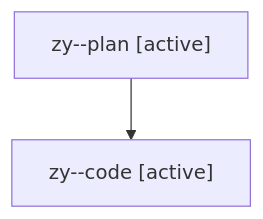
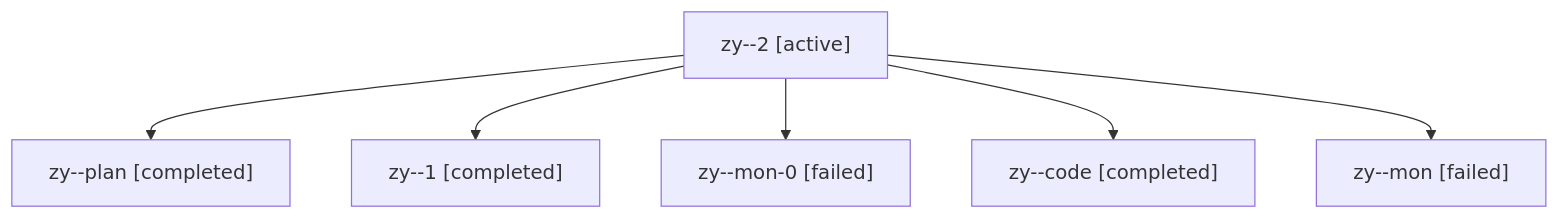
Before and after one commit to sase-org/sase--agents: the diagram in families/bbugyi200.athena.zy.md, drawn with Mermaid. The commit also changed other lines of this file and 37 other files, not shown here.

````diff
--- a/families/bbugyi200.athena.zy.md
+++ b/families/bbugyi200.athena.zy.md
@@ -9,6 +9,14 @@
 ```mermaid
 flowchart TD
-  n0["zy--plan [active]"]
-  n1["zy--code [active]"]
+  n0["zy--2 [active]"]
+  n1["zy--plan [completed]"]
   n0 --> n1
+  n2["zy--1 [completed]"]
+  n0 --> n2
+  n3["zy--mon-0 [failed]"]
+  n0 --> n3
+  n4["zy--code [completed]"]
+  n0 --> n4
+  n5["zy--mon [failed]"]
+  n0 --> n5
 ```
````
